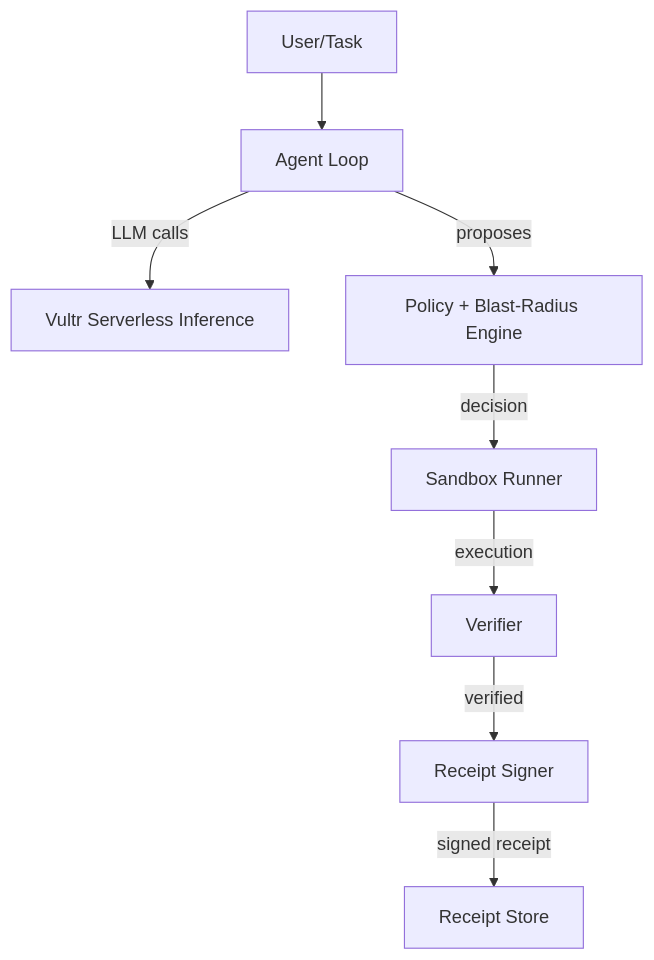
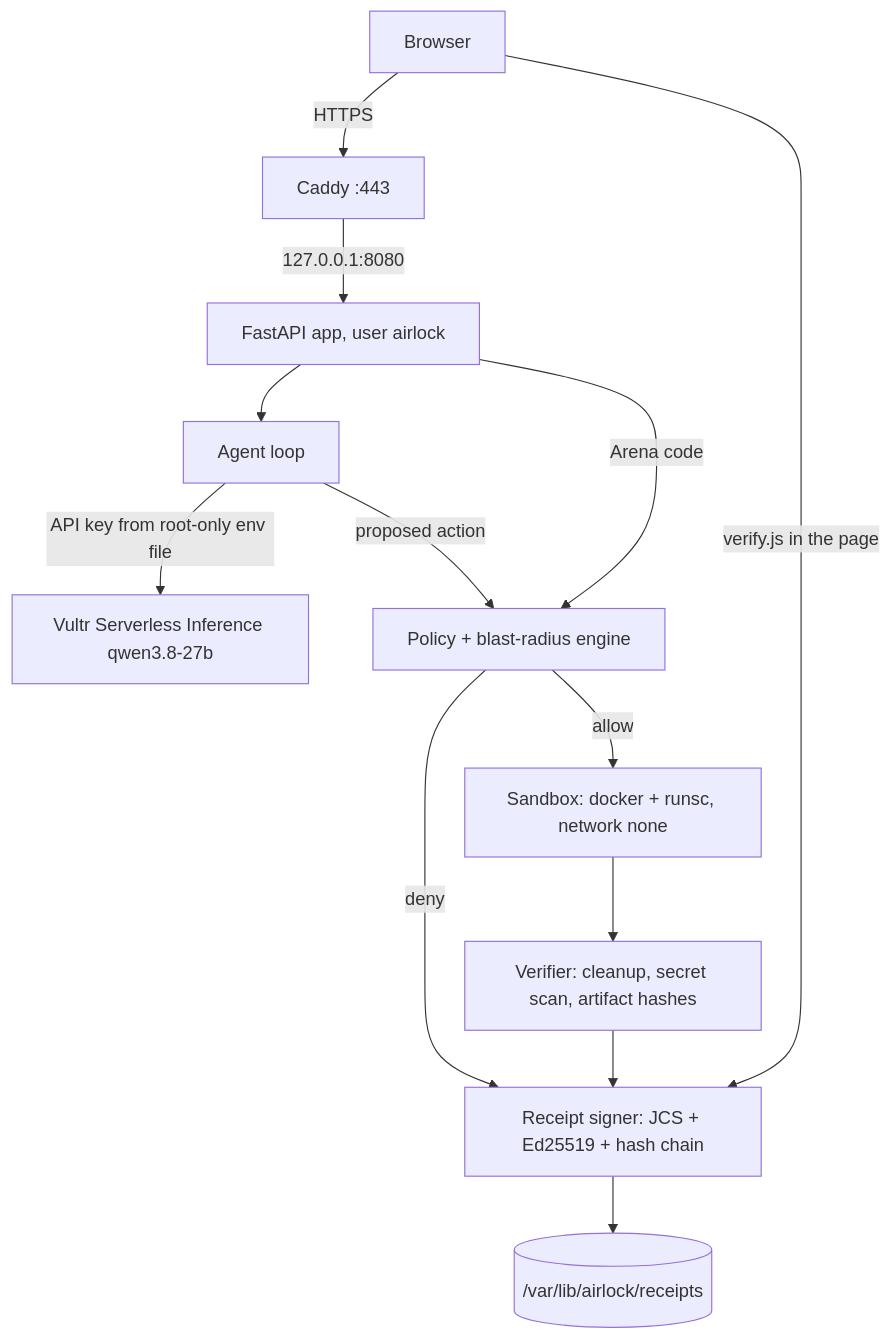
Before and after one commit to justrunme/airlock: the diagram in README.md, drawn with Mermaid. The commit also changed other lines of this file and 35 other files, not shown here.

First line of the commit message:
feat: web app with arena, compromised-agent replay and in-browser receipt verification

````diff
--- a/README.md
+++ b/README.md
@@ -22,10 +30,15 @@
 ```mermaid
 graph TD
-    A[User/Task] --> B[Agent Loop]
-    B -->|LLM calls| C[Vultr Serverless Inference]
-    B -->|proposes| D[Policy + Blast-Radius Engine]
-    D -->|decision| E[Sandbox Runner]
-    E -->|execution| F[Verifier]
-    F -->|verified| G[Receipt Signer]
-    G -->|signed receipt| H[Receipt Store]
+    U[Browser] -->|HTTPS| C[Caddy :443]
+    C -->|127.0.0.1:8080| W[FastAPI app, user airlock]
+    W --> A[Agent loop]
+    A -->|API key from root-only env file| I[Vultr Serverless Inference qwen3.8-27b]
+    A -->|proposed action| P[Policy + blast-radius engine]
+    W -->|Arena code| P
+    P -->|allow| S[Sandbox: docker + runsc, network none]
+    P -->|deny| R
+    S --> V[Verifier: cleanup, secret scan, artifact hashes]
+    V --> R[Receipt signer: JCS + Ed25519 + hash chain]
+    R --> St[(/var/lib/airlock/receipts)]
+    U -->|verify.js in the page| R
 ```
````
